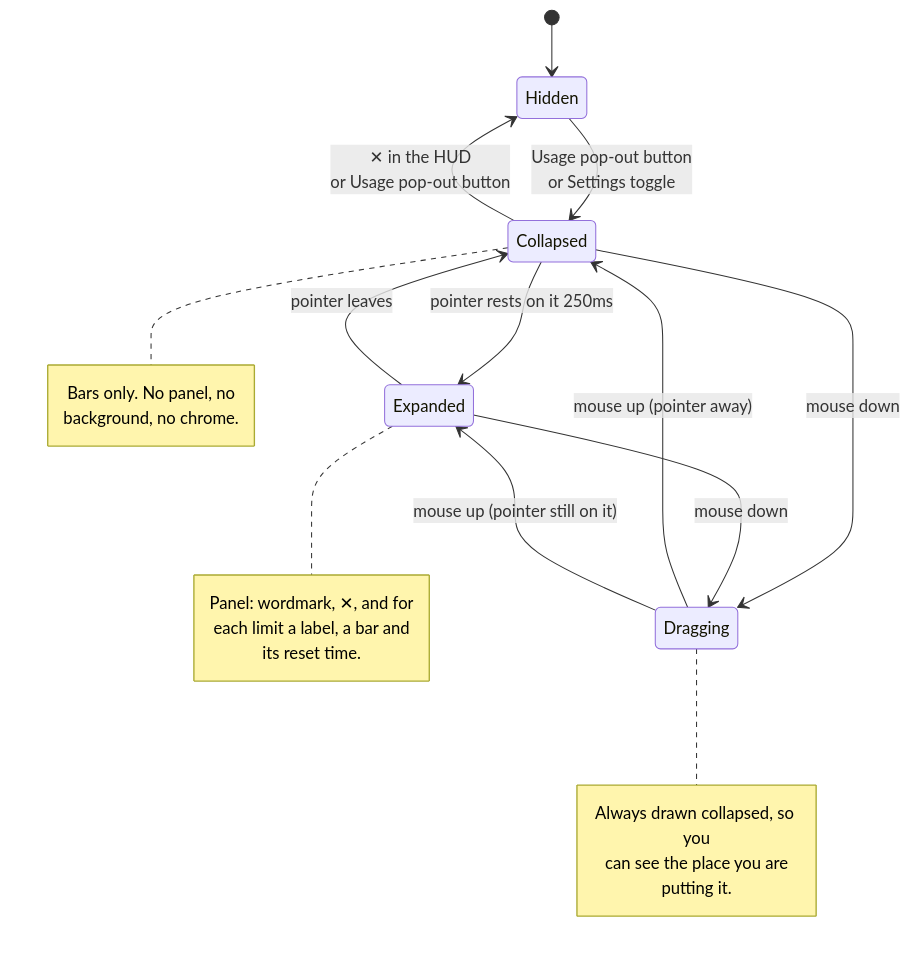
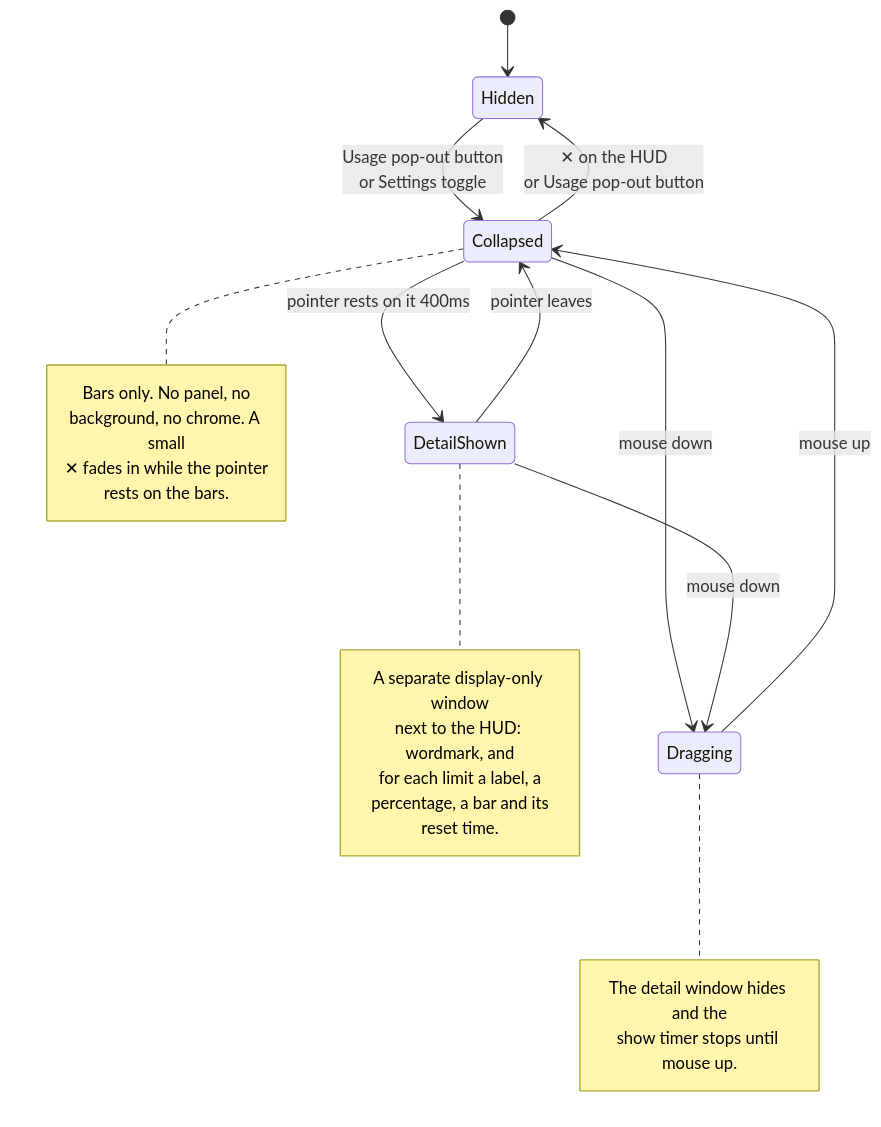
Before and after one commit to antiburn/antiburn: the diagram in docs/hud-states.md, drawn with Mermaid. The commit also changed other lines of this file and 1 other file, not shown here.

Commit message:
Rewrite the HUD states doc for the detail window

````diff
--- a/docs/hud-states.md
+++ b/docs/hud-states.md
@@ -17,29 +18,31 @@
 ```mermaid
 stateDiagram-v2
     [*] --> Hidden
     Hidden --> Collapsed: Usage pop-out button<br/>or Settings toggle
-    Collapsed --> Hidden: ✕ in the HUD<br/>or Usage pop-out button
+    Collapsed --> Hidden: ✕ on the HUD<br/>or Usage pop-out button
 
-    Collapsed --> Expanded: pointer rests on it 250ms
-    Expanded --> Collapsed: pointer leaves
+    Collapsed --> DetailShown: pointer rests on it 400ms
+    DetailShown --> Collapsed: pointer leaves
 
     Collapsed --> Dragging: mouse down
-    Expanded --> Dragging: mouse down
-    Dragging --> Collapsed: mouse up (pointer away)
-    Dragging --> Expanded: mouse up (pointer still on it)
+    DetailShown --> Dragging: mouse down
+    Dragging --> Collapsed: mouse up
 
     note right of Collapsed
         Bars only. No panel, no
-        background, no chrome.
+        background, no chrome. A small
+        ✕ fades in while the pointer
+        rests on the bars.
     end note
-    note right of Expanded
-        Panel: wordmark, ✕, and for
-        each limit a label, a bar and
-        its reset time.
+    note right of DetailShown
+        A separate display-only window
+        next to the HUD: wordmark, and
+        for each limit a label, a
+        percentage, a bar and its
+        reset time.
     end note
     note right of Dragging
-        Always drawn collapsed, so you
-        can see the place you are
-        putting it.
+        The detail window hides and the
+        show timer stops until mouse up.
     end note
 ```
````
